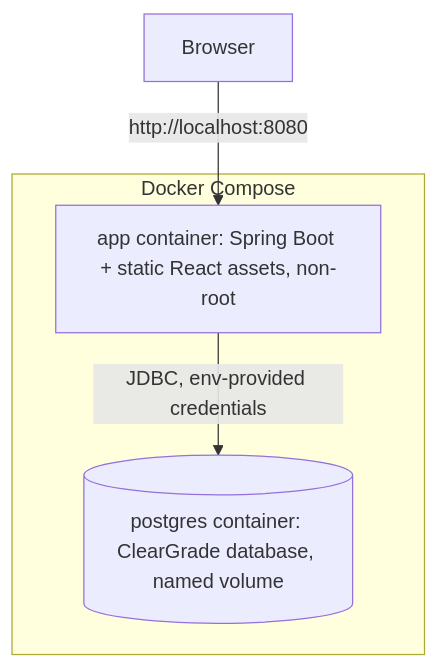
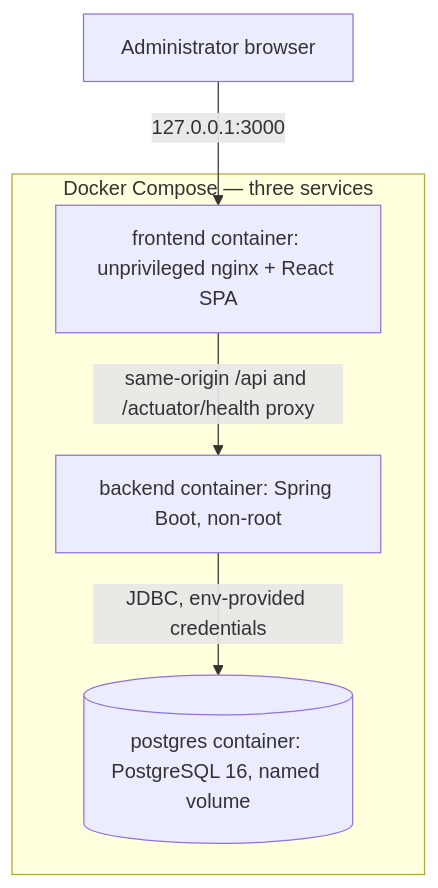
Before and after one commit to soubhagya-behera/cleargrade: the fourth of 5 diagrams in docs/ARCHITECTURE.md, drawn with Mermaid. The commit also changed other lines of this file and 25 other files, not shown here.

First line of the commit message:
docs: improve ClearGrade evaluator experience (#11)

````diff
--- a/docs/ARCHITECTURE.md
+++ b/docs/ARCHITECTURE.md
@@ -122,9 +124,12 @@
 ```mermaid
 flowchart TB
-    subgraph DockerHost[Docker Compose]
-        App[app container: Spring Boot + static React assets, non-root]
-        PG[(postgres container: ClearGrade database, named volume)]
-        App -->|JDBC, env-provided credentials| PG
+    Browser[Administrator browser]
+    subgraph DockerHost[Docker Compose — three services]
+        FE[frontend container: unprivileged nginx + React SPA]
+        BE[backend container: Spring Boot, non-root]
+        PG[(postgres container: PostgreSQL 16, named volume)]
+        FE -->|same-origin /api and /actuator/health proxy| BE
+        BE -->|JDBC, env-provided credentials| PG
     end
-    Browser -->|http://localhost:8080| App
+    Browser -->|127.0.0.1:3000| FE
 ```
````
